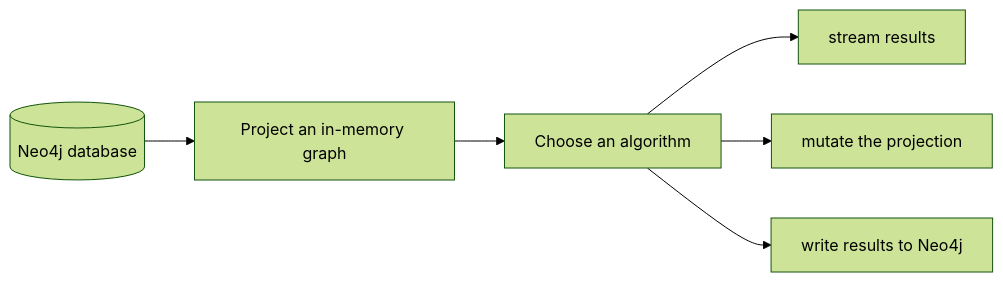
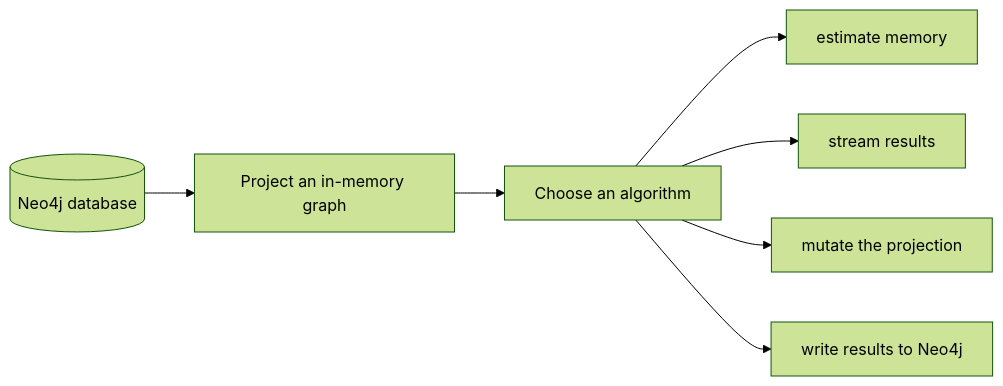
One commit to beautifularchitecture/beautifularchitecture.github.io changed the seventh of 8 diagrams in content/english/blog/system_design/neo4j-complete-tutorial.md. Above: the diagram before and after it, drawn with Mermaid (forest theme). The commit also changed other lines of this file and 1 other file, not shown here.

````diff
--- a/content/english/blog/system_design/neo4j-complete-tutorial.md
+++ b/content/english/blog/system_design/neo4j-complete-tutorial.md
@@ -811,8 +1121,9 @@
 ```mermaid
 flowchart LR
   DB[(Neo4j database)] --> P[Project an in-memory graph]
   P --> A[Choose an algorithm]
+  A --> E[estimate memory]
   A --> S[stream results]
   A --> M[mutate the projection]
   A --> W[write results to Neo4j]
 ```
````
